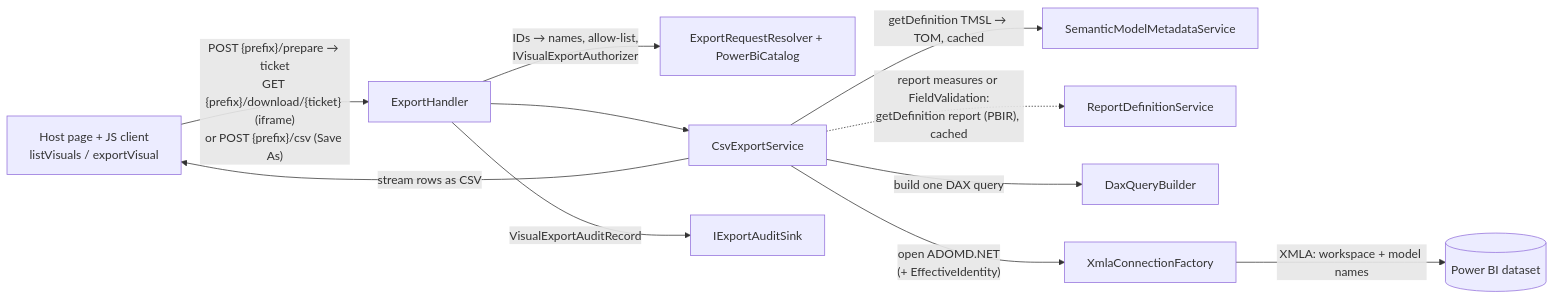
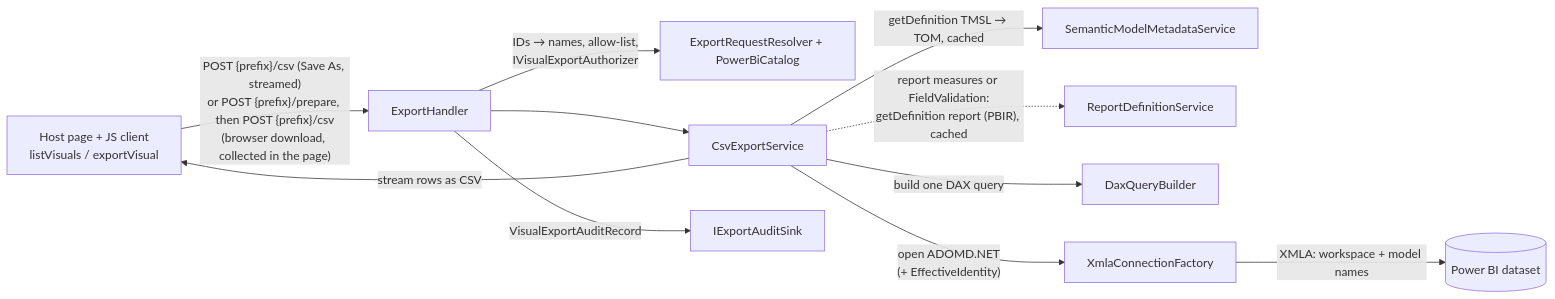
One commit to dbrownems/PbiVisualExport changed the diagram in .github/copilot-instructions.md. Above: the diagram before and after it, drawn with Mermaid. The commit also changed other lines of this file and 24 other files, not shown here.

First line of the commit message:
Remove the download ticket mechanism (contract 2)

````diff
--- a/.github/copilot-instructions.md
+++ b/.github/copilot-instructions.md
@@ -215,13 +215,13 @@
 ```mermaid
 flowchart LR
-    A["Host page + JS client<br/>listVisuals / exportVisual"] -->|"POST {prefix}/prepare → ticket<br/>GET {prefix}/download/{ticket} (iframe)<br/>or POST {prefix}/csv (Save As)"| B[ExportHandler]
+    A["Host page + JS client<br/>listVisuals / exportVisual"] -->|"POST {prefix}/csv (Save As, streamed)<br/>or POST {prefix}/prepare, then POST {prefix}/csv<br/>(browser download, collected in the page)"| B[ExportHandler]
     B -->|"IDs → names, allow-list,<br/>IVisualExportAuthorizer"| P[ExportRequestResolver + PowerBiCatalog]
     B --> C[CsvExportService]
     C -->|getDefinition TMSL → TOM, cached| D[SemanticModelMetadataService]
     C -.->|"report measures or FieldValidation:<br/>getDefinition report (PBIR), cached"| R[ReportDefinitionService]
     C -->|build one DAX query| E[DaxQueryBuilder]
     C -->|"open ADOMD.NET<br/>(+ EffectiveIdentity)"| F[XmlaConnectionFactory]
     F -->|XMLA: workspace + model names| G[(Power BI dataset)]
     C -->|stream rows as CSV| A
     B -->|VisualExportAuditRecord| S[IExportAuditSink]
 ```
````
